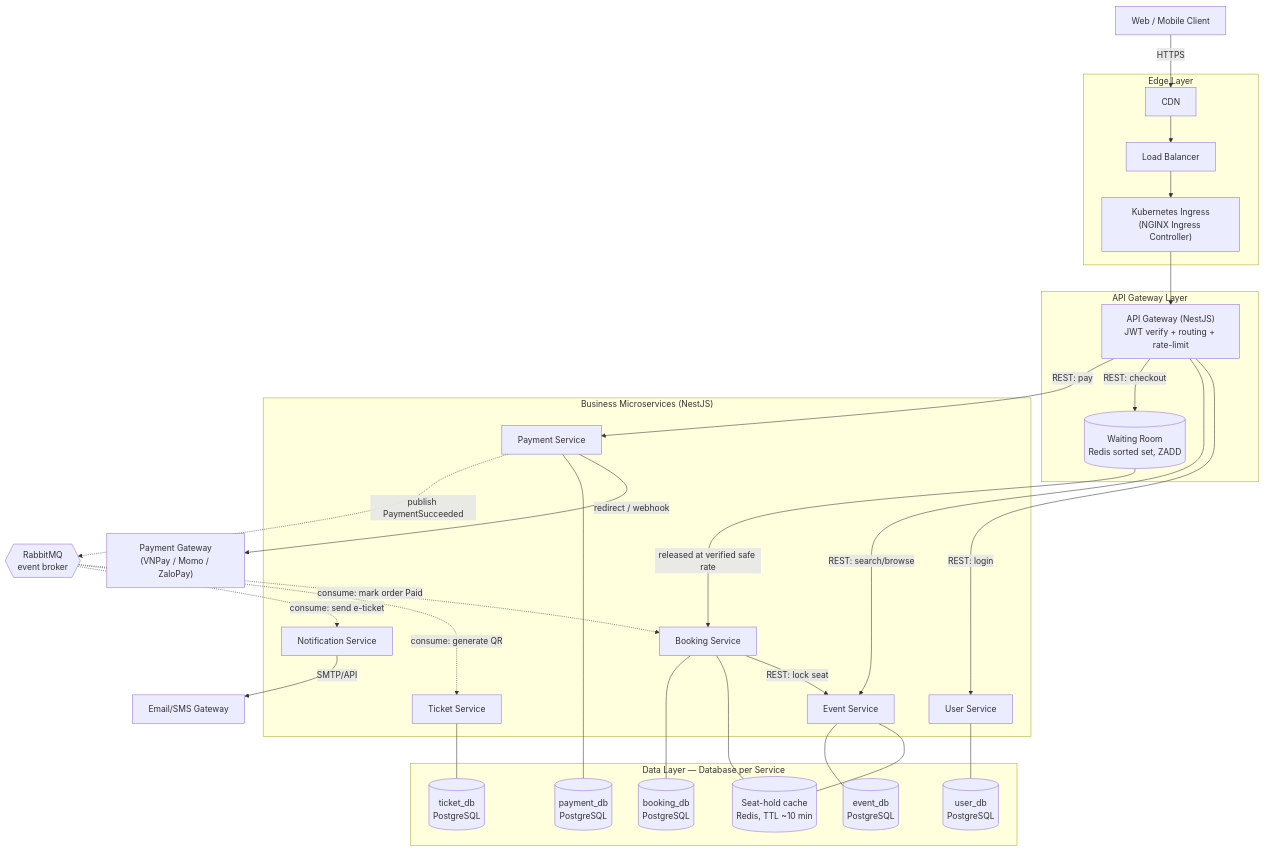
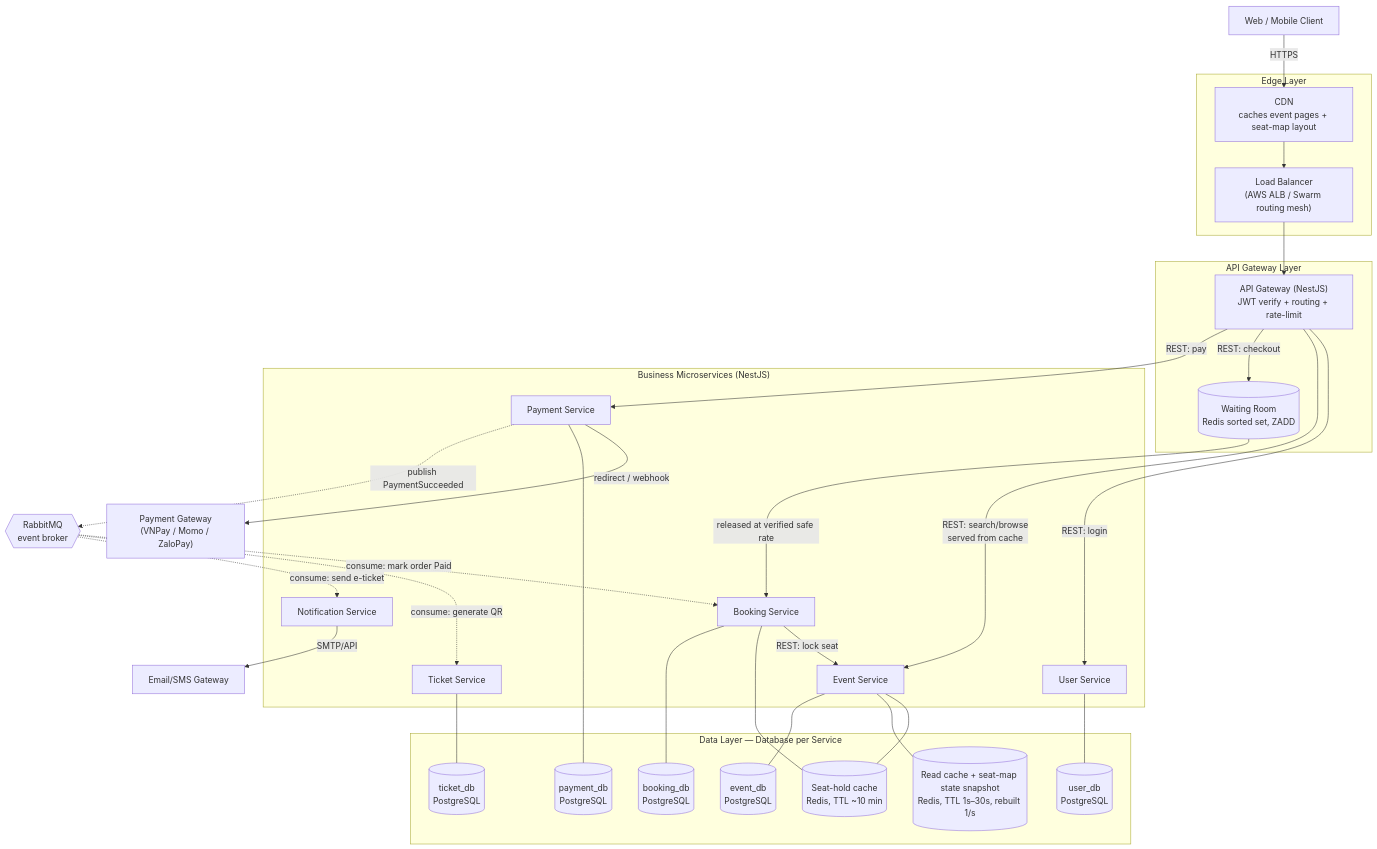
The first of 2 diagrams in docs/spec/06-infrastructure-diagram.md (tranducthai/booking-ticket-system), drawn with Mermaid before and after one commit. The commit also changed other lines of this file and 32 other files, not shown here.

First line of the commit message:
Docs: K8s→Docker Swarm, recalibrate load design, add resilience design

````diff
--- a/docs/spec/06-infrastructure-diagram.md
+++ b/docs/spec/06-infrastructure-diagram.md
@@ -12,62 +12,63 @@
 ```mermaid
 flowchart TB
     web["Web / Mobile Client"]
 
     subgraph edge["Edge Layer"]
-        cdn["CDN"]
-        lb["Load Balancer"]
-        ingress["Kubernetes Ingress<br/>(NGINX Ingress Controller)"]
+        cdn["CDN<br/>caches event pages + seat-map layout"]
+        lb["Load Balancer<br/>(AWS ALB / Swarm routing mesh)"]
     end
 
     subgraph gw["API Gateway Layer"]
         gateway["API Gateway (NestJS)<br/>JWT verify + routing + rate-limit"]
         waitroom[("Waiting Room<br/>Redis sorted set, ZADD")]
     end
 
     subgraph services["Business Microservices (NestJS)"]
         user["User Service"]
         event["Event Service"]
         booking["Booking Service"]
         payment["Payment Service"]
         ticket["Ticket Service"]
         notif["Notification Service"]
     end
 
     subgraph data["Data Layer — Database per Service"]
         userdb[("user_db<br/>PostgreSQL")]
         eventdb[("event_db<br/>PostgreSQL")]
         bookingdb[("booking_db<br/>PostgreSQL")]
         paymentdb[("payment_db<br/>PostgreSQL")]
         ticketdb[("ticket_db<br/>PostgreSQL")]
         seatcache[("Seat-hold cache<br/>Redis, TTL ~10 min")]
+        readcache[("Read cache + seat-map state snapshot<br/>Redis, TTL 1s–30s, rebuilt 1/s")]
     end
 
     mq{{"RabbitMQ<br/>event broker"}}
 
     paygw["Payment Gateway<br/>(VNPay / Momo / ZaloPay)"]
     emailsms["Email/SMS Gateway"]
 
-    web -->|HTTPS| cdn --> lb --> ingress --> gateway
+    web -->|HTTPS| cdn --> lb --> gateway
 
     gateway -->|REST: login| user
-    gateway -->|REST: search/browse| event
+    gateway -->|REST: search/browse<br/>served from cache| event
     gateway -->|REST: checkout| waitroom
     waitroom -->|released at verified safe rate| booking
     booking -->|REST: lock seat| event
     booking --- seatcache
     event --- seatcache
+    event --- readcache
     gateway -->|REST: pay| payment
     payment -->|redirect / webhook| paygw
 
     user --- userdb
     event --- eventdb
     booking --- bookingdb
     payment --- paymentdb
     ticket --- ticketdb
 
     payment -.->|publish PaymentSucceeded| mq
     mq -.->|consume: mark order Paid| booking
     mq -.->|consume: generate QR| ticket
     mq -.->|consume: send e-ticket| notif
     notif -->|SMTP/API| emailsms
 ```
````
